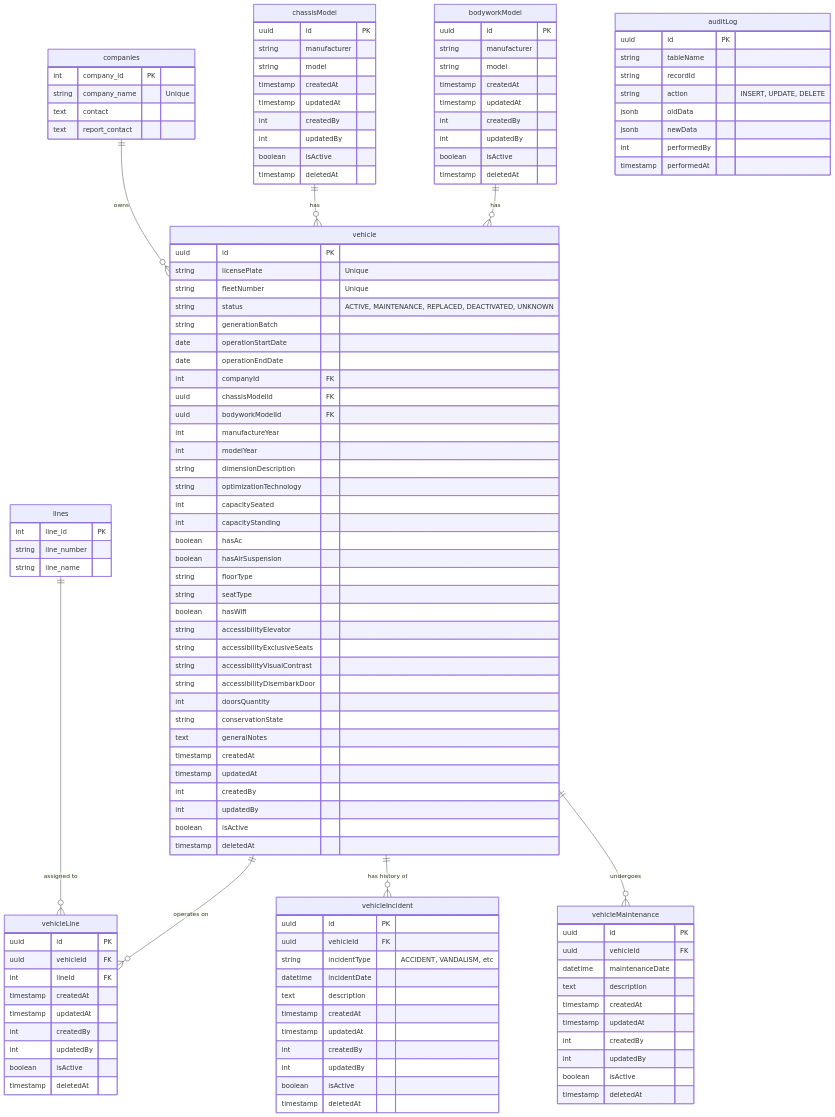
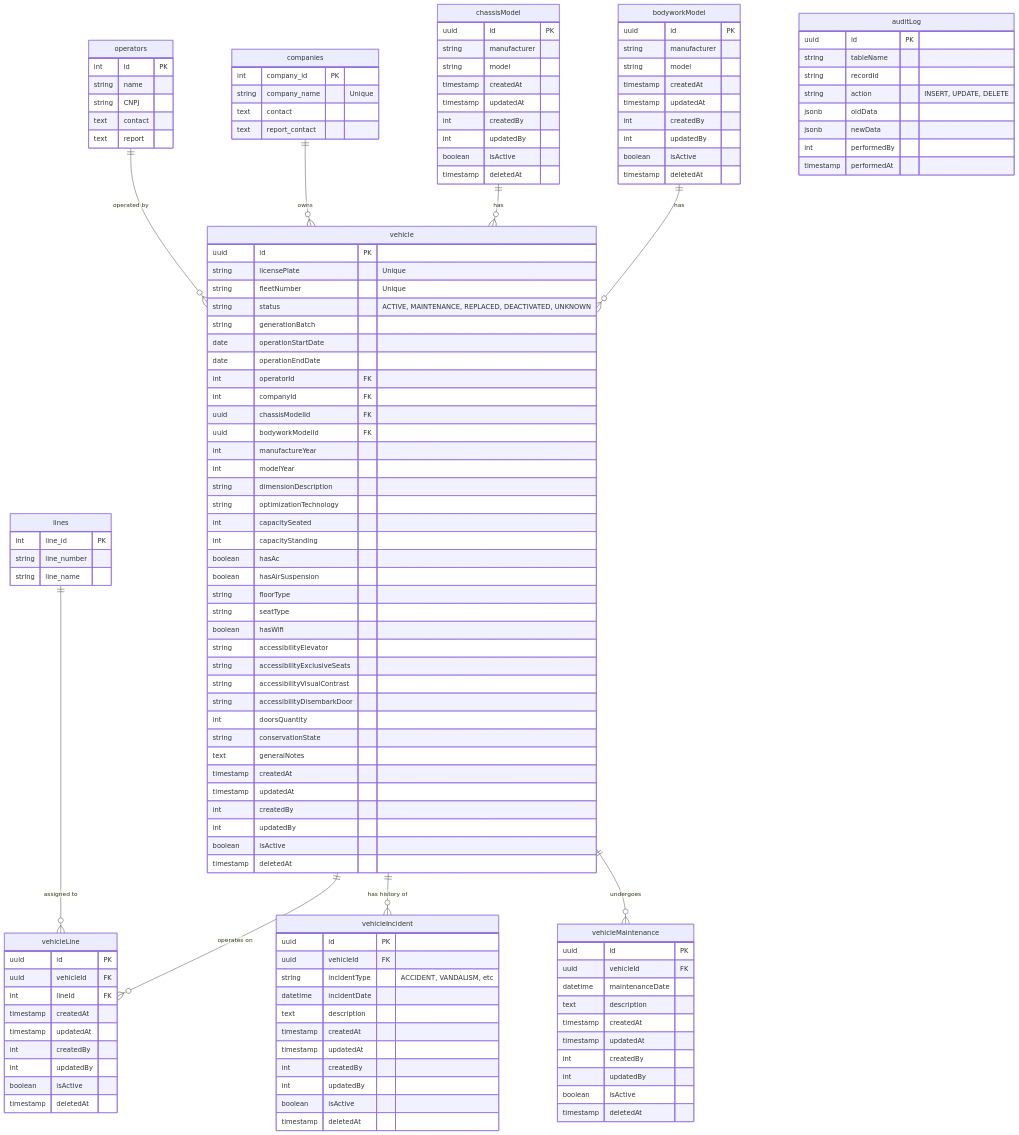
The diagram in docs/planning/bus-repo/DATABASE-DIAGRAM.md (gabriersdev/mobilidade), drawn with Mermaid before and after one commit. The commit also changed 2 other files, not shown here.

Commit message:
docs: update schema and documentation of database bus-repo feature

````diff
--- a/docs/planning/bus-repo/DATABASE-DIAGRAM.md
+++ b/docs/planning/bus-repo/DATABASE-DIAGRAM.md
@@ -7,5 +7,6 @@
 ```mermaid
 erDiagram
+    operators ||--o{ vehicle : "operated by"
     companies ||--o{ vehicle : "owns"
     chassisModel ||--o{ vehicle : "has"
     bodyworkModel ||--o{ vehicle : "has"
@@ -13,6 +14,14 @@
     vehicle ||--o{ vehicleLine : "operates on"
     vehicle ||--o{ vehicleIncident : "has history of"
     vehicle ||--o{ vehicleMaintenance : "undergoes"
+
+    operators {
+        int id PK
+        string name
+        string CNPJ
+        text contact
+        text report
+    }
 
     companies {
         int company_id PK
@@ -59,6 +68,7 @@
         string generationBatch
         date operationStartDate
         date operationEndDate
+        int operatorId FK
         int companyId FK
         uuid chassisModelId FK
         uuid bodyworkModelId FK
````
